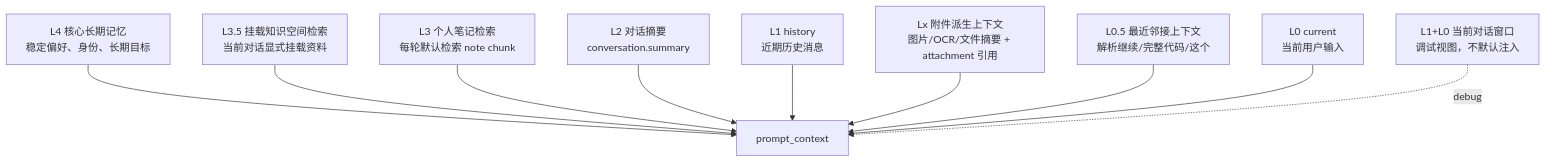
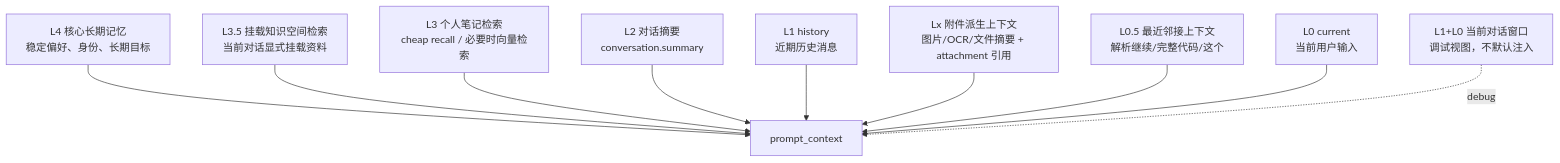
One commit to LiuJiaxuan1024/AiMemo changed the first of 2 diagrams in docs/agent/context-pyramid.md. Above: the diagram before and after it, drawn with Mermaid. The commit also changed other lines of this file and 10 other files, not shown here.

Commit message:
perf: use cheap recall for note retrieval

````diff
--- a/docs/agent/context-pyramid.md
+++ b/docs/agent/context-pyramid.md
@@ -27,12 +27,12 @@
 ```mermaid
 flowchart TB
     L4[L4 核心长期记忆<br/>稳定偏好、身份、长期目标] --> Prompt[prompt_context]
     L35[L3.5 挂载知识空间检索<br/>当前对话显式挂载资料] --> Prompt
-    L3[L3 个人笔记检索<br/>每轮默认检索 note chunk] --> Prompt
+    L3[L3 个人笔记检索<br/>cheap recall / 必要时向量检索] --> Prompt
     L2[L2 对话摘要<br/>conversation.summary] --> Prompt
     L1[L1 history<br/>近期历史消息] --> Prompt
     LX[Lx 附件派生上下文<br/>图片/OCR/文件摘要 + attachment 引用] --> Prompt
     L05[L0.5 最近邻接上下文<br/>解析继续/完整代码/这个] --> Prompt
     L0[L0 current<br/>当前用户输入] --> Prompt
     Window[L1+L0 当前对话窗口<br/>调试视图，不默认注入] -. debug .-> Prompt
 ```
````
